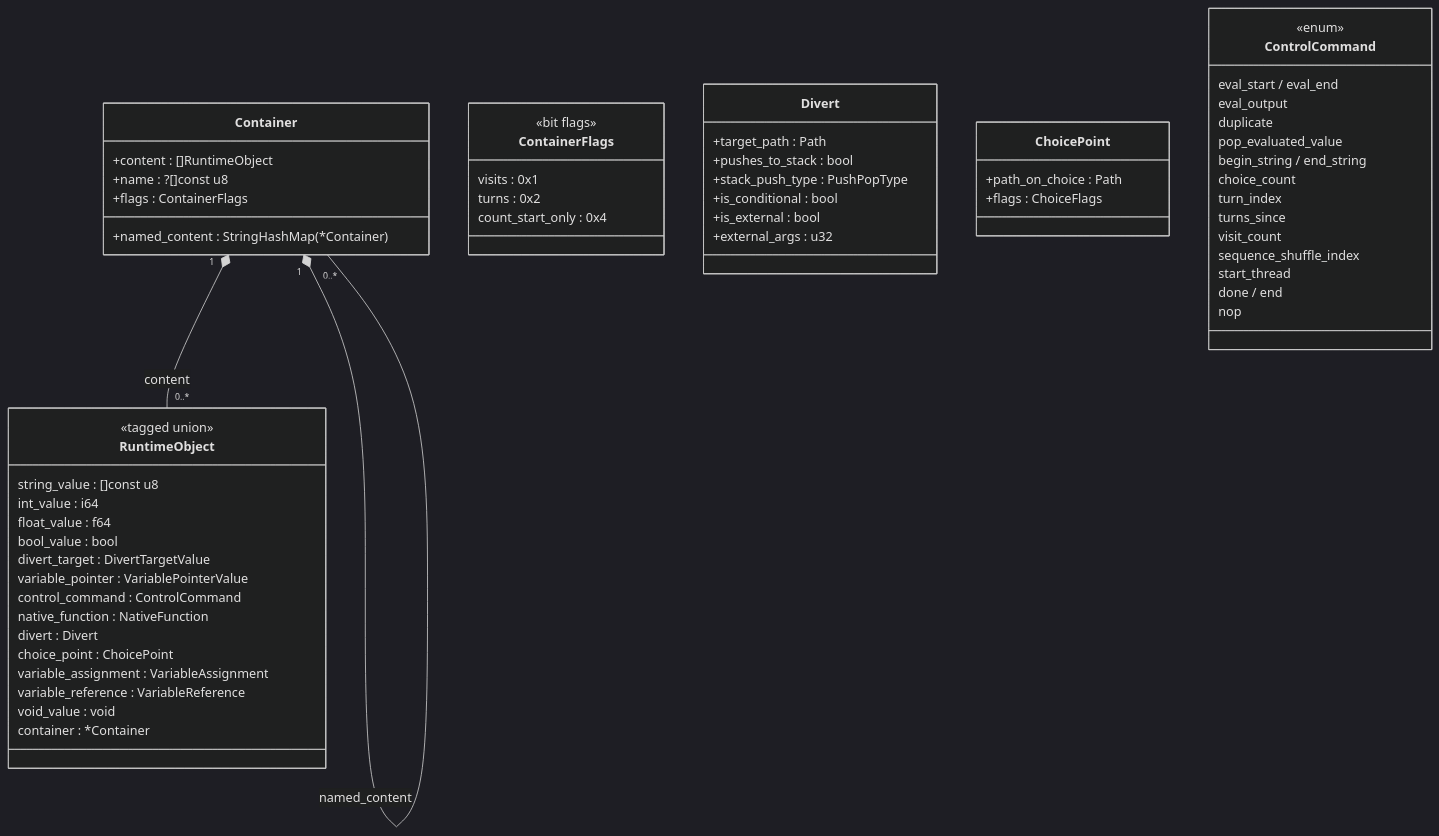
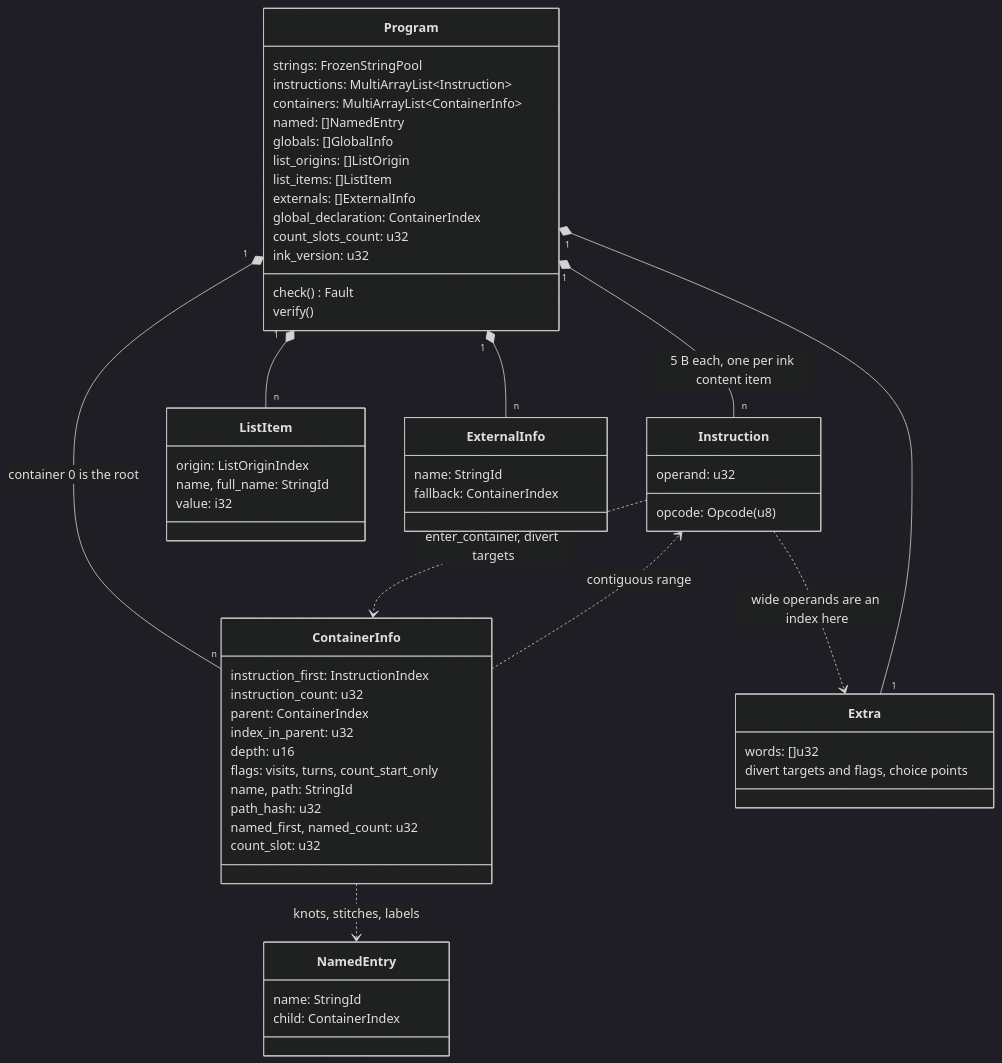
One commit to KreaturaArt/inkz changed the second of 8 diagrams in docs/Architecture.md. Above: the diagram before and after it, drawn with Mermaid (dark theme). The commit also changed other lines of this file and 7 other files, not shown here.

Commit message:
(docs) architecture, guidelines, overview and running guide for the current code, with a migration table and a doctest step that compiles every Zig sample (P9.3)

````diff
--- a/docs/Architecture.md
+++ b/docs/Architecture.md
@@ -53,68 +38,60 @@
 ```mermaid
 classDiagram
-    class RuntimeObject {
-        <<tagged union>>
-        string_value : []const u8
-        int_value    : i64
-        float_value  : f64
-        bool_value   : bool
-        divert_target  : DivertTargetValue
-        variable_pointer : VariablePointerValue
-        control_command  : ControlCommand
-        native_function  : NativeFunction
-        divert             : Divert
-        choice_point       : ChoicePoint
-        variable_assignment : VariableAssignment
-        variable_reference  : VariableReference
-        void_value : void
-        container  : *Container
+    class Program {
+        strings: FrozenStringPool
+        instructions: MultiArrayList~Instruction~
+        containers: MultiArrayList~ContainerInfo~
+        named: []NamedEntry
+        globals: []GlobalInfo
+        list_origins: []ListOrigin
+        list_items: []ListItem
+        externals: []ExternalInfo
+        global_declaration: ContainerIndex
+        count_slots_count: u32
+        ink_version: u32
+        check() Fault
+        verify()
     }
-
-    class Container {
-        +content        : []RuntimeObject
-        +named_content  : StringHashMap(*Container)
-        +name           : ?[]const u8
-        +flags          : ContainerFlags
+    class Instruction {
+        opcode: Opcode (u8)
+        operand: u32
     }
-
-    class ContainerFlags {
-        <<bit flags>>
-        visits        : 0x1
-        turns         : 0x2
-        count_start_only : 0x4
+    class ContainerInfo {
+        instruction_first: InstructionIndex
+        instruction_count: u32
+        parent: ContainerIndex
+        index_in_parent: u32
+        depth: u16
+        flags: visits, turns, count_start_only
+        name, path: StringId
+        path_hash: u32
+        named_first, named_count: u32
+        count_slot: u32
     }
-
-    class Divert {
-        +target_path      : Path
-        +pushes_to_stack  : bool
-        +stack_push_type  : PushPopType
-        +is_conditional   : bool
-        +is_external      : bool
-        +external_args    : u32
+    class NamedEntry {
+        name: StringId
+        child: ContainerIndex
     }
-
-    class ChoicePoint {
-        +path_on_choice   : Path
-        +flags            : ChoiceFlags
+    class ListItem {
+        origin: ListOriginIndex
+        name, full_name: StringId
+        value: i32
     }
-
-    class ControlCommand {
-        <<enum>>
-        eval_start / eval_end
-        eval_output
-        duplicate
-        pop_evaluated_value
-        begin_string / end_string
-        choice_count
-        turn_index
-        turns_since
-        visit_count
-        sequence_shuffle_index
-        start_thread
-        done / end
-        nop
+    class ExternalInfo {
+        name: StringId
+        fallback: ContainerIndex
     }
-
-    Container "1" *-- "0..*" RuntimeObject : content
-    Container "1" *-- "0..*" Container : named_content
+    class Extra {
+        words: []u32
+        divert targets and flags, choice points
+    }
+    Program "1" *-- "n" Instruction : 5 B each, one per ink content item
+    Program "1" *-- "n" ContainerInfo : container 0 is the root
+    ContainerInfo ..> Instruction : contiguous range
+    ContainerInfo ..> NamedEntry : knots, stitches, labels
+    Instruction ..> ContainerInfo : enter_container, divert targets
+    Instruction ..> Extra : wide operands are an index here
+    Program "1" *-- "n" ListItem
+    Program "1" *-- "n" ExternalInfo
+    Program "1" *-- "1" Extra
 ```
````
